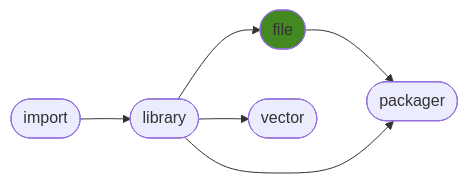
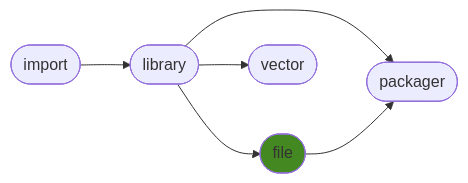
Before and after one commit to ManderaGeneral/generalfile: the diagram in README.md, drawn with Mermaid. The commit also changed other lines of this file, not shown here.

````diff
--- a/README.md
+++ b/README.md
@@ -16,14 +16,14 @@
 ```mermaid
 flowchart LR
+1([library]) --> 4([packager])
 1([library]) --> 3([vector])
+1([library]) --> 2([file])
+0([import]) --> 1([library])
 2([file]) --> 4([packager])
-1([library]) --> 4([packager])
-0([import]) --> 1([library])
-1([library]) --> 2([file])
 click 0 "https://github.com/ManderaGeneral/generalimport"
 click 1 "https://github.com/ManderaGeneral/generallibrary"
 click 2 "https://github.com/ManderaGeneral/generalfile"
 click 3 "https://github.com/ManderaGeneral/generalvector"
 click 4 "https://github.com/ManderaGeneral/generalpackager"
 style 2 fill:#482
 ```
````
